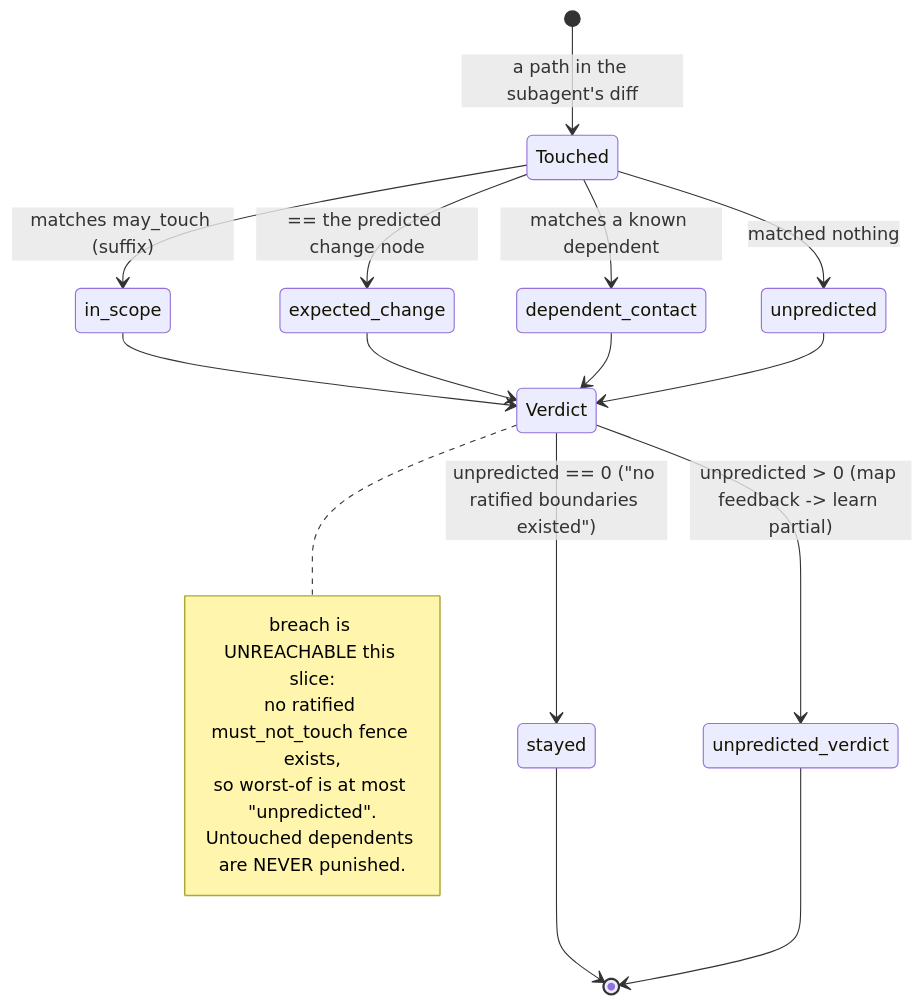
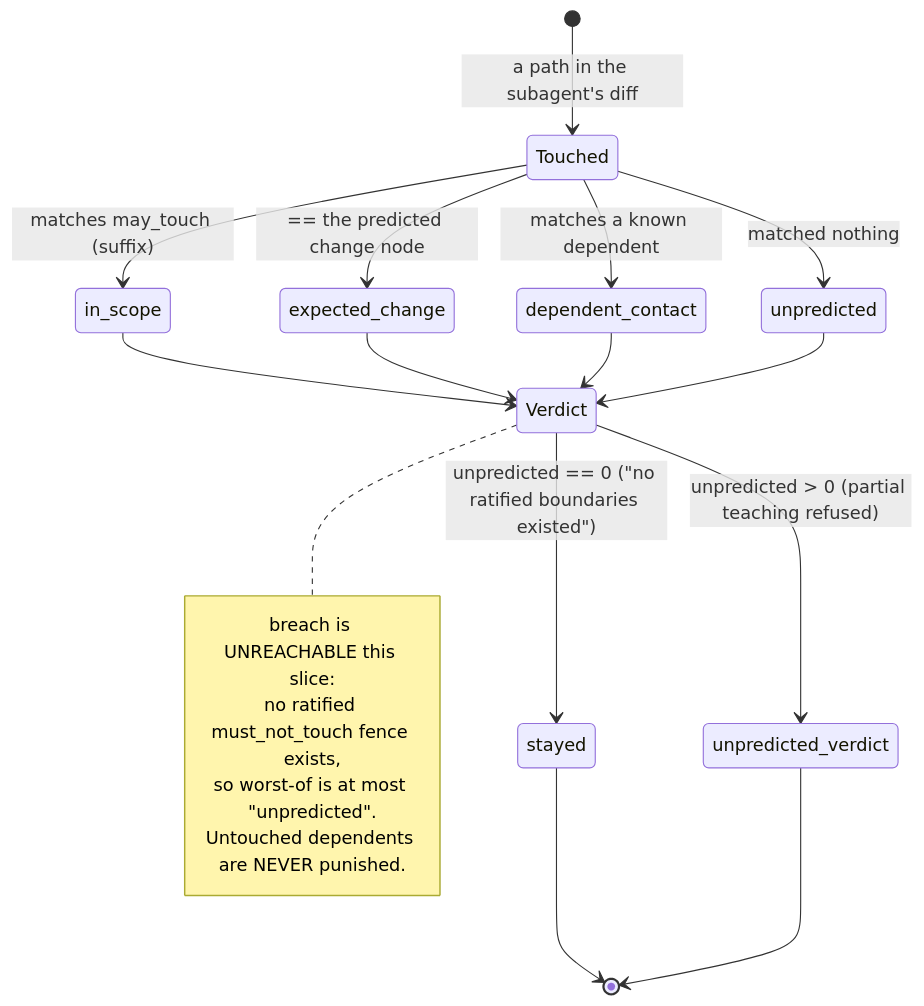
One commit to maxkle1nz/m1nd changed the fourth of 4 diagrams in docs/uml/delegation.md. Above: the diagram before and after it, drawn with Mermaid. The commit also changed other lines of this file and 36 other files, not shown here.

````diff
--- a/docs/uml/delegation.md
+++ b/docs/uml/delegation.md
@@ -179,24 +188,24 @@
 ```mermaid
 stateDiagram-v2
     [*] --> Touched : a path in the subagent's diff
     Touched --> in_scope : matches may_touch (suffix)
     Touched --> expected_change : == the predicted change node
     Touched --> dependent_contact : matches a known dependent
     Touched --> unpredicted : matched nothing
 
     in_scope --> Verdict
     expected_change --> Verdict
     dependent_contact --> Verdict
     unpredicted --> Verdict
 
     Verdict --> stayed : unpredicted == 0 ("no ratified boundaries existed")
-    Verdict --> unpredicted_verdict : unpredicted > 0 (map feedback -> learn partial)
+    Verdict --> unpredicted_verdict : unpredicted > 0 (partial teaching refused)
     note right of Verdict
       breach is UNREACHABLE this slice:
       no ratified must_not_touch fence exists,
       so worst-of is at most "unpredicted".
       Untouched dependents are NEVER punished.
     end note
     stayed --> [*]
     unpredicted_verdict --> [*]
 ```
````
